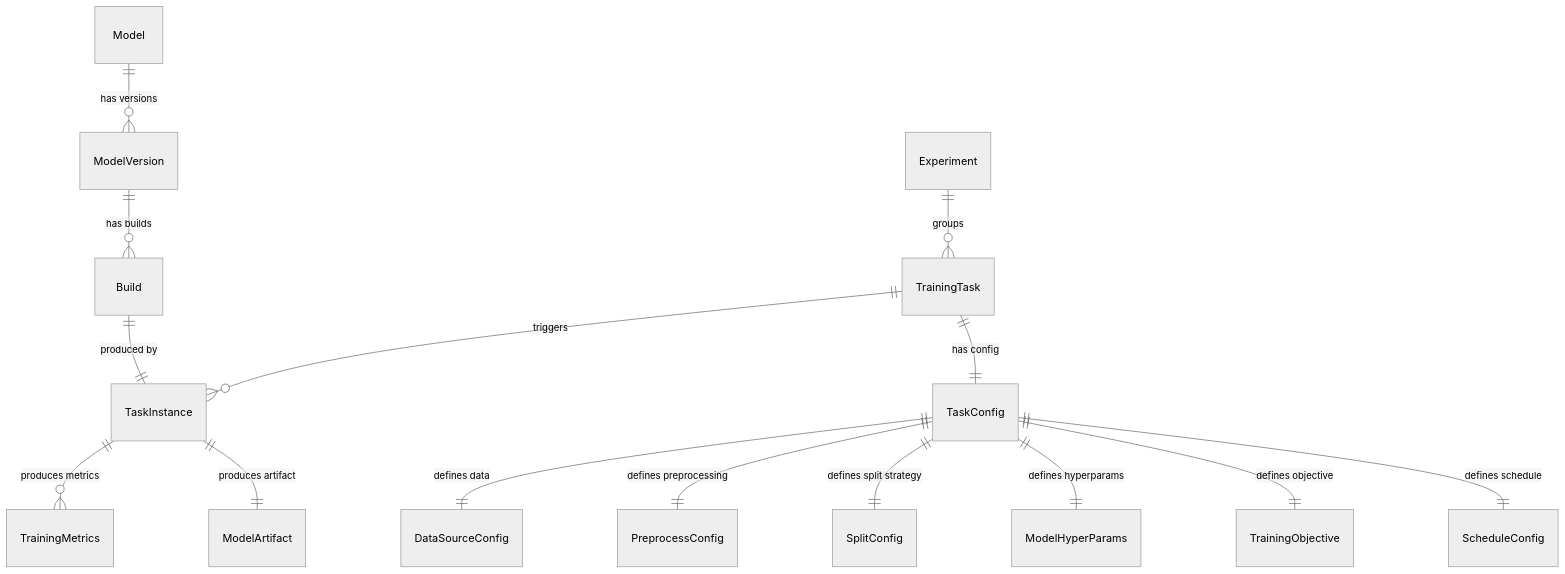
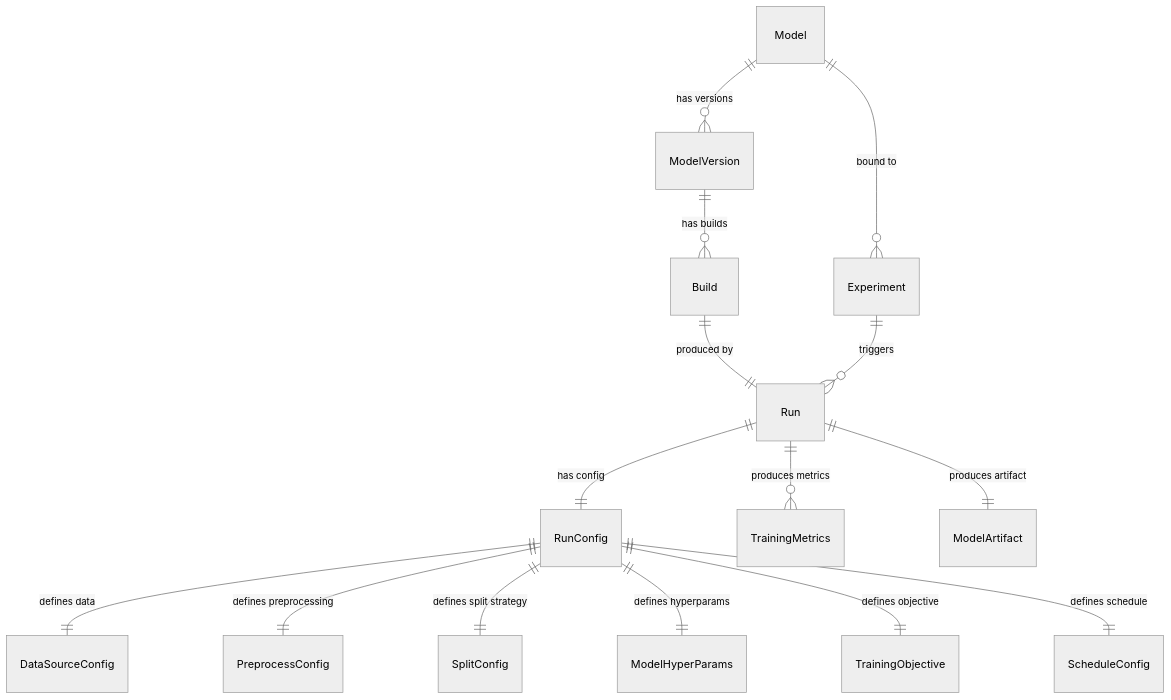
One commit to Cedric-Chan/ModelExperiment changed the second of 6 diagrams in docs/architecture/系统架构说明.md. Above: the diagram before and after it, drawn with Mermaid (neutral theme). The commit also changed other lines of this file and 92 other files, not shown here.

````diff
--- a/docs/architecture/系统架构说明.md
+++ b/docs/architecture/系统架构说明.md
@@ -72,19 +76,19 @@
 ```mermaid
 erDiagram
     Model ||--o{ ModelVersion : "has versions"
     ModelVersion ||--o{ Build : "has builds"
-    Build ||--|| TaskInstance : "produced by"
+    Build ||--|| Run : "produced by"
 
-    Experiment ||--o{ TrainingTask : "groups"
-    TrainingTask ||--o{ TaskInstance : "triggers"
-    TrainingTask ||--|| TaskConfig : "has config"
-    TaskConfig ||--|| DataSourceConfig : "defines data"
-    TaskConfig ||--|| PreprocessConfig : "defines preprocessing"
-    TaskConfig ||--|| SplitConfig : "defines split strategy"
-    TaskConfig ||--|| ModelHyperParams : "defines hyperparams"
-    TaskConfig ||--|| TrainingObjective : "defines objective"
-    TaskConfig ||--|| ScheduleConfig : "defines schedule"
+    Model ||--o{ Experiment : "bound to"
+    Experiment ||--o{ Run : "triggers"
+    Run ||--|| RunConfig : "has config"
+    RunConfig ||--|| DataSourceConfig : "defines data"
+    RunConfig ||--|| PreprocessConfig : "defines preprocessing"
+    RunConfig ||--|| SplitConfig : "defines split strategy"
+    RunConfig ||--|| ModelHyperParams : "defines hyperparams"
+    RunConfig ||--|| TrainingObjective : "defines objective"
+    RunConfig ||--|| ScheduleConfig : "defines schedule"
 
-    TaskInstance ||--o{ TrainingMetrics : "produces metrics"
-    TaskInstance ||--|| ModelArtifact : "produces artifact"
+    Run ||--o{ TrainingMetrics : "produces metrics"
+    Run ||--|| ModelArtifact : "produces artifact"
 ```
````
